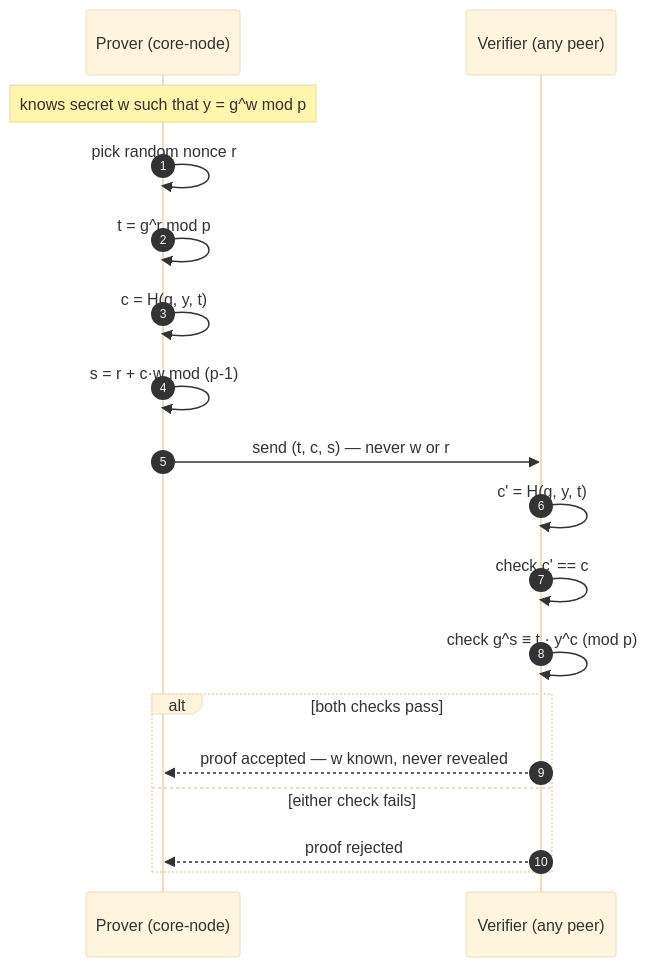
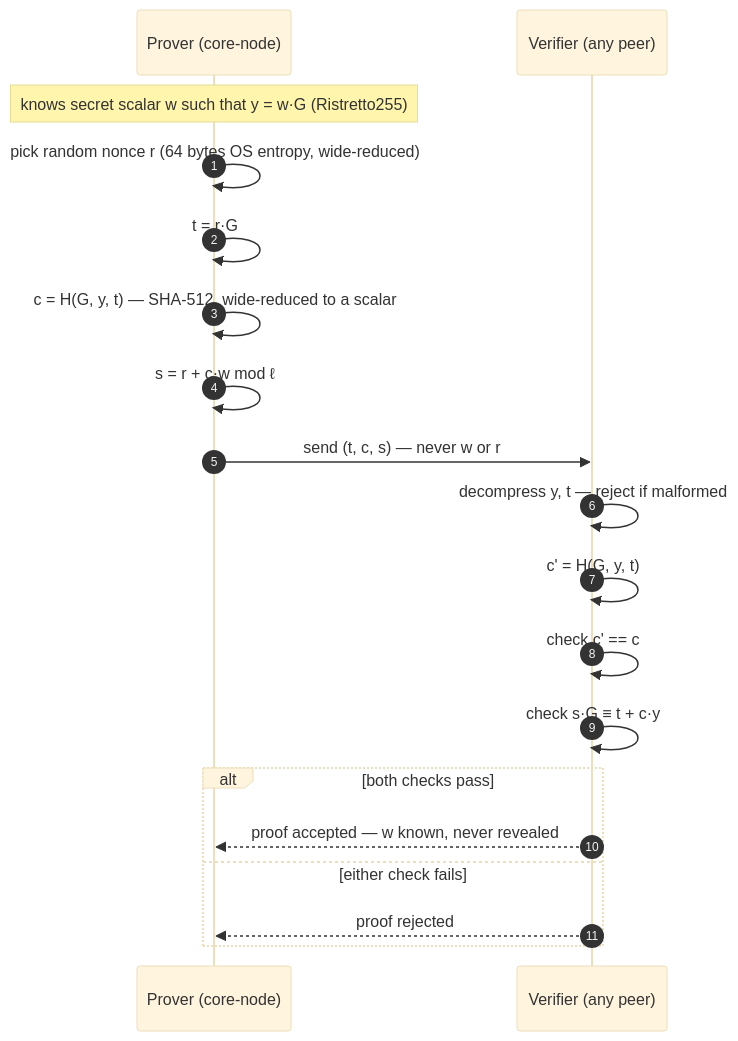
One commit to Ciprian-LocalPulse/zk-threat-exchange changed the third of 6 diagrams in README.md. Above: the diagram before and after it, drawn with Mermaid (base theme). The commit also changed other lines of this file and 9 other files, not shown here.

````diff
--- a/README.md
+++ b/README.md
@@ -220,21 +223,22 @@
 ```mermaid
 sequenceDiagram
     autonumber
     participant P as Prover (core-node)
     participant V as Verifier (any peer)
 
-    Note over P: knows secret w such that y = g^w mod p
-    P->>P: pick random nonce r
-    P->>P: t = g^r mod p
-    P->>P: c = H(g, y, t)
-    P->>P: s = r + c·w mod (p-1)
+    Note over P: knows secret scalar w such that y = w·G (Ristretto255)
+    P->>P: pick random nonce r (64 bytes OS entropy, wide-reduced)
+    P->>P: t = r·G
+    P->>P: c = H(G, y, t)  — SHA-512, wide-reduced to a scalar
+    P->>P: s = r + c·w mod ℓ
     P->>V: send (t, c, s)  — never w or r
-    V->>V: c' = H(g, y, t)
+    V->>V: decompress y, t — reject if malformed
+    V->>V: c' = H(G, y, t)
     V->>V: check c' == c
-    V->>V: check g^s ≡ t · y^c (mod p)
+    V->>V: check s·G ≡ t + c·y
     alt both checks pass
         V-->>P: proof accepted — w known, never revealed
     else either check fails
         V-->>P: proof rejected
     end
 ```
````
